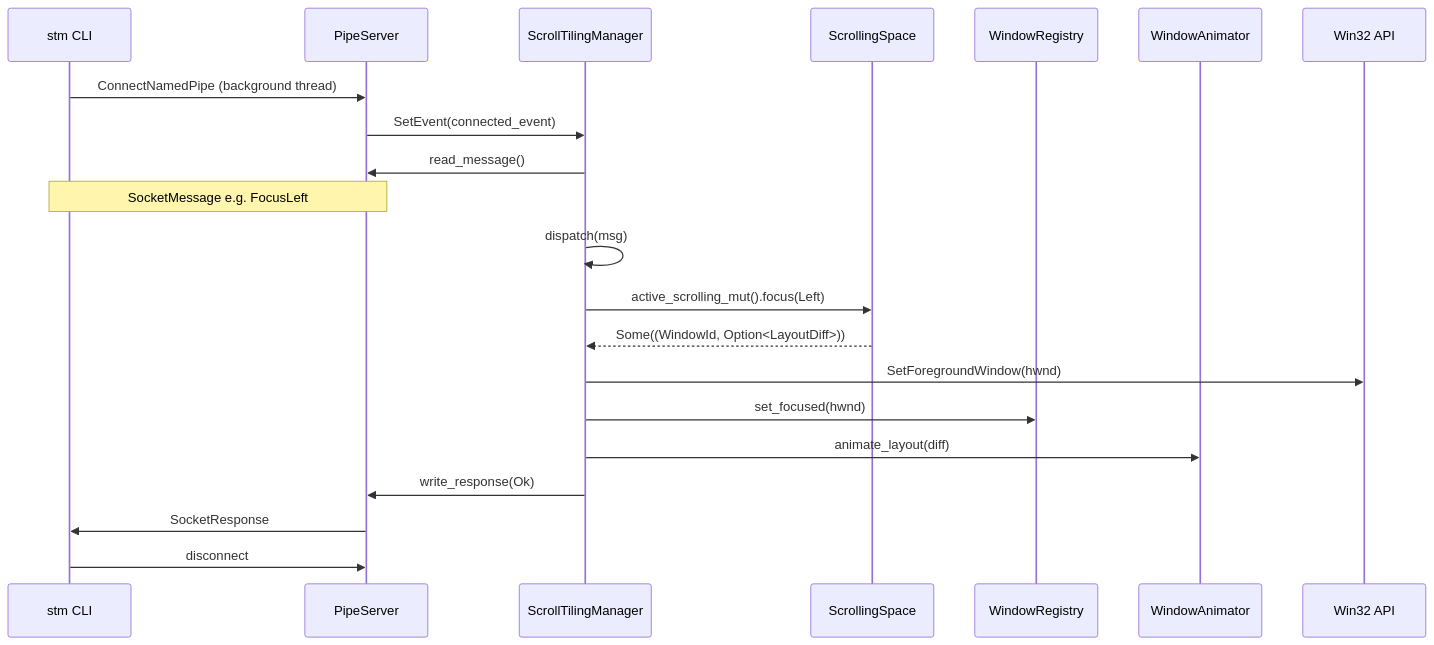
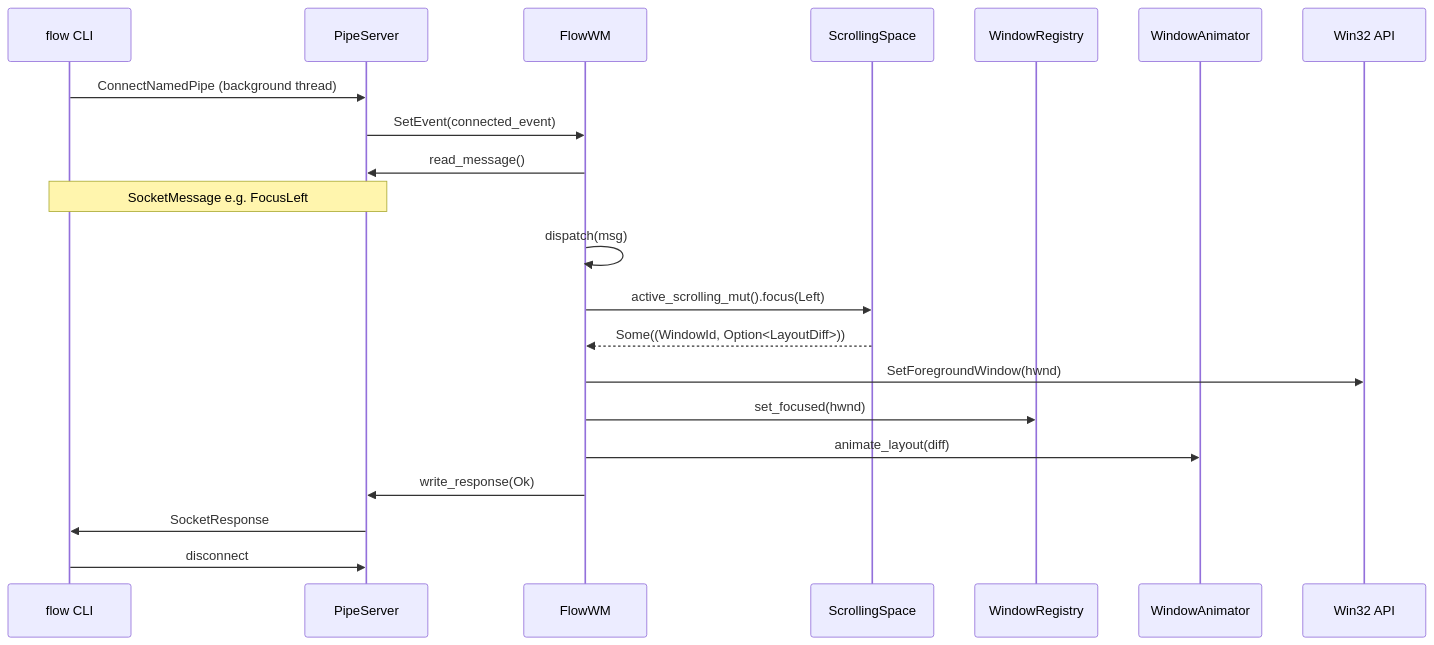
One commit to CCpcalvin/flow-wm changed the second of 2 diagrams in docs/src/dev-guide/event-pipelines.md. Above: the diagram before and after it, drawn with Mermaid. The commit also changed other lines of this file and 108 other files, not shown here.

Commit message:
refactor: rename project from scrolling-tiling-manager to flow-wm

````diff
--- a/docs/src/dev-guide/event-pipelines.md
+++ b/docs/src/dev-guide/event-pipelines.md
@@ -75,24 +75,24 @@
 ```mermaid
 sequenceDiagram
-    participant CLI as stm CLI
+    participant CLI as flow CLI
     participant Pipe as PipeServer
-    participant STM as ScrollTilingManager
+    participant flow as FlowWM
     participant Layout as ScrollingSpace
     participant Reg as WindowRegistry
     participant Anim as WindowAnimator
     participant Win32 as Win32 API
 
     CLI->>Pipe: ConnectNamedPipe (background thread)
-    Pipe->>STM: SetEvent(connected_event)
-    STM->>Pipe: read_message()
+    Pipe->>flow: SetEvent(connected_event)
+    flow->>Pipe: read_message()
     Note over CLI,Pipe: SocketMessage e.g. FocusLeft
-    STM->>STM: dispatch(msg)
-    STM->>Layout: active_scrolling_mut().focus(Left)
-    Layout-->>STM: Some((WindowId, Option<LayoutDiff>))
-    STM->>Win32: SetForegroundWindow(hwnd)
-    STM->>Reg: set_focused(hwnd)
-    STM->>Anim: animate_layout(diff)
-    STM->>Pipe: write_response(Ok)
+    flow->>flow: dispatch(msg)
+    flow->>Layout: active_scrolling_mut().focus(Left)
+    Layout-->>flow: Some((WindowId, Option<LayoutDiff>))
+    flow->>Win32: SetForegroundWindow(hwnd)
+    flow->>Reg: set_focused(hwnd)
+    flow->>Anim: animate_layout(diff)
+    flow->>Pipe: write_response(Ok)
     Pipe->>CLI: SocketResponse
     CLI->>Pipe: disconnect
 ```
````
